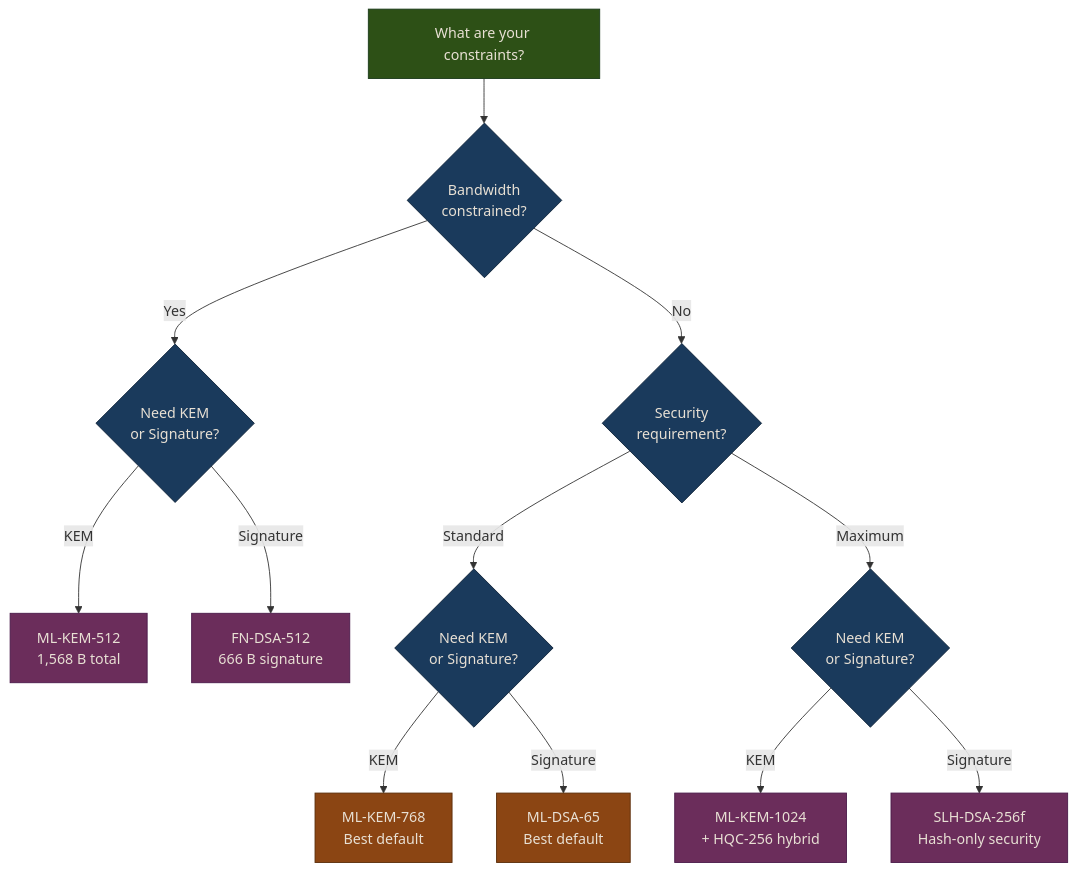
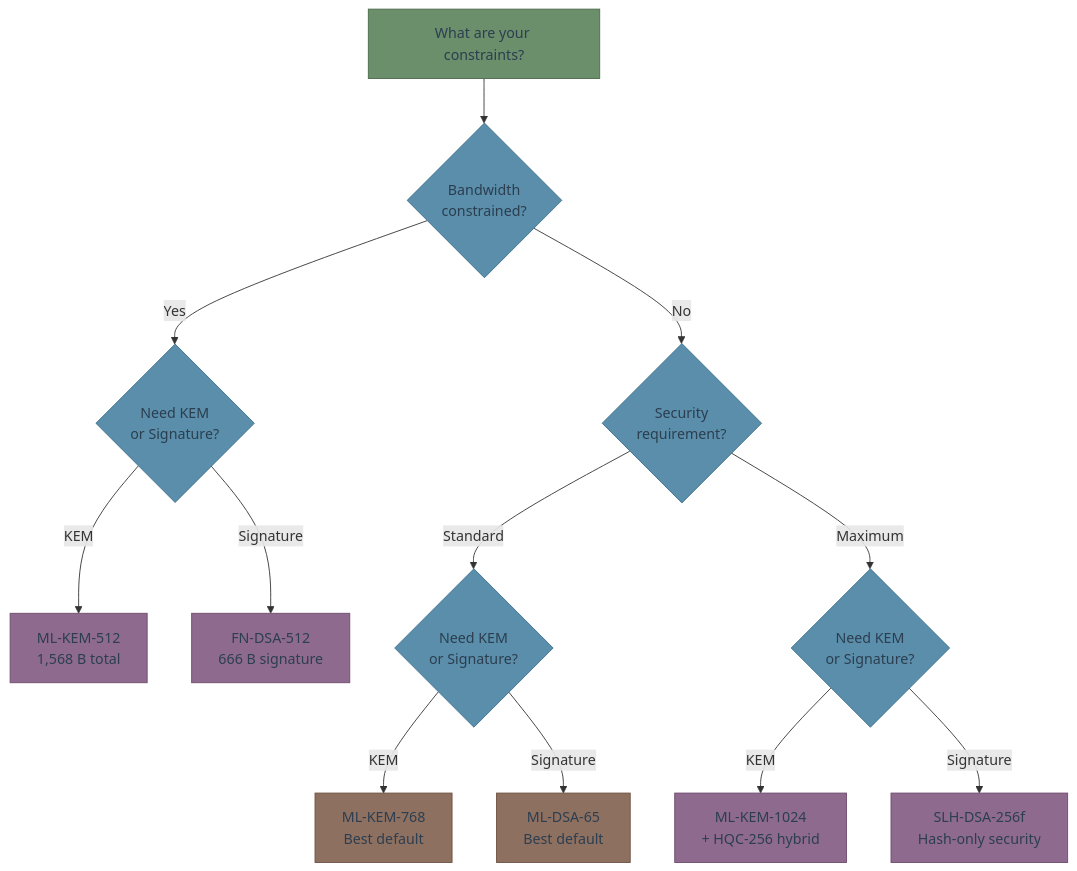
The diagram in 03-algorithm-comparison.md (MichaelTien8901/pqc-engineering-guide), drawn with Mermaid before and after one commit. The commit also changed 8 other files, not shown here.

First line of the commit message:
Fix Mermaid paper-like styling matching reference project

````diff
--- a/03-algorithm-comparison.md
+++ b/03-algorithm-comparison.md
@@ -104,26 +104,26 @@
 ```mermaid
 flowchart TD
     START[What are your constraints?] --> BW{Bandwidth<br/>constrained?}
     BW -->|Yes| BWKEM{Need KEM<br/>or Signature?}
     BWKEM -->|KEM| MLKEM512[ML-KEM-512<br/>1,568 B total]
     BWKEM -->|Signature| FNDSA[FN-DSA-512<br/>666 B signature]
 
     BW -->|No| SEC{Security<br/>requirement?}
     SEC -->|Standard| STD{Need KEM<br/>or Signature?}
     STD -->|KEM| MLKEM768[ML-KEM-768<br/>Best default]
     STD -->|Signature| MLDSA65[ML-DSA-65<br/>Best default]
 
     SEC -->|Maximum| MAX{Need KEM<br/>or Signature?}
     MAX -->|KEM| HYBRID[ML-KEM-1024<br/>+ HQC-256 hybrid]
     MAX -->|Signature| SLHDSA[SLH-DSA-256f<br/>Hash-only security]
 
-    classDef start fill:#2d5016,stroke:#1a3a1a,color:#e8e0d4
-    classDef question fill:#1a3a5c,stroke:#0d2137,color:#e8e0d4
-    classDef answer fill:#6b2d5b,stroke:#4a1a4a,color:#e8e0d4
-    classDef best fill:#8b4513,stroke:#5a2d0a,color:#e8e0d4
+    classDef start fill:#6b8e6b,stroke:#4a6a4a,color:#2c3e50
+    classDef question fill:#5a8eaa,stroke:#3a6e8a,color:#2c3e50
+    classDef answer fill:#8e6b8e,stroke:#6e4a6e,color:#2c3e50
+    classDef best fill:#8e7060,stroke:#6e5040,color:#2c3e50
 
     class START start
     class BW,BWKEM,SEC,STD,MAX question
     class MLKEM512,FNDSA,HYBRID,SLHDSA answer
     class MLKEM768,MLDSA65 best
 ```
````
